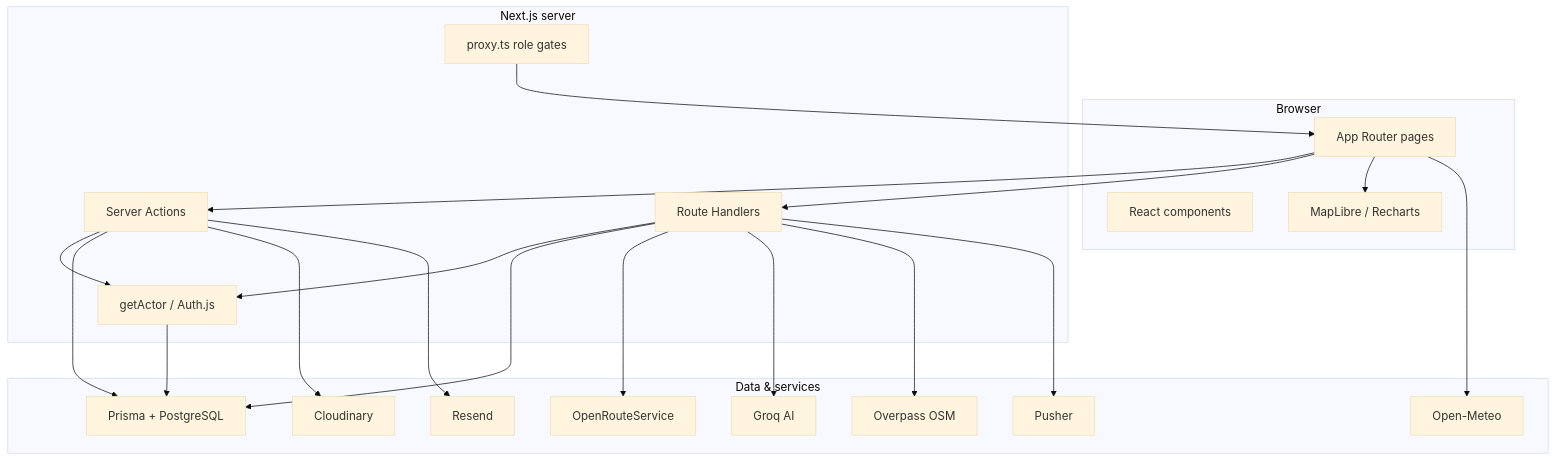
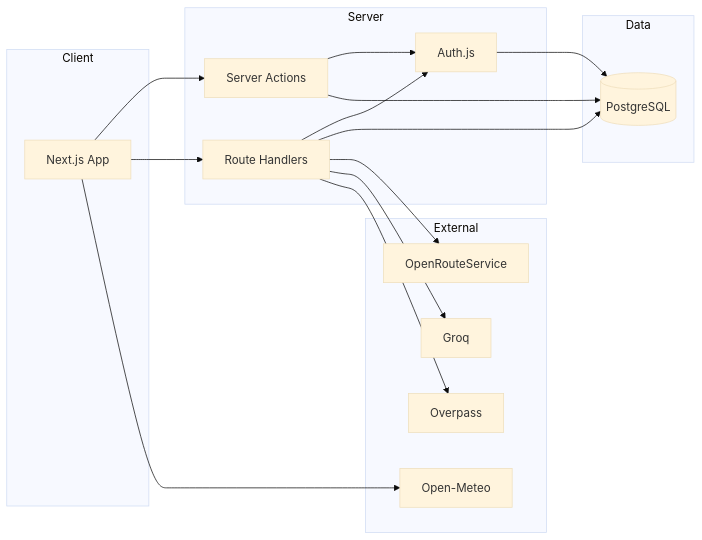
One commit to Bixal99/Ghoomora changed the diagram in README.md. Above: the diagram before and after it, drawn with Mermaid (base theme). The commit also changed other lines of this file, not shown here.

````diff
--- a/README.md
+++ b/README.md
@@ -169,43 +310,31 @@
 ```mermaid
-flowchart TB
-  subgraph client [Browser]
-    pages[App Router pages]
-    components[React components]
-    maps[MapLibre / Recharts]
+flowchart LR
+  subgraph Client
+    WEB[Next.js App]
   end
-
-  subgraph server [Next.js server]
-    actions[Server Actions]
-    api[Route Handlers]
-    auth[getActor / Auth.js]
-    proxy[proxy.ts role gates]
+  subgraph Server
+    SA[Server Actions]
+    API[Route Handlers]
+    AUTH[Auth.js]
   end
-
-  subgraph data [Data & services]
-    prisma[Prisma + PostgreSQL]
-    ors[OpenRouteService]
-    meteo[Open-Meteo]
-    groq[Groq AI]
-    overpass[Overpass OSM]
-    cloudinary[Cloudinary]
-    resend[Resend]
-    pusher[Pusher]
+  subgraph Data
+    PG[(PostgreSQL)]
   end
-
-  pages --> actions
-  pages --> api
-  pages --> maps
-  proxy --> pages
-  actions --> auth
-  api --> auth
-  auth --> prisma
-  actions --> prisma
-  api --> prisma
-  api --> ors
-  api --> groq
-  api --> overpass
-  api --> pusher
-  pages --> meteo
-  actions --> cloudinary
-  actions --> resend
+  subgraph External
+    ORS[OpenRouteService]
+    METEO[Open-Meteo]
+    GROQ[Groq]
+    OSM[Overpass]
+  end
+  WEB --> SA
+  WEB --> API
+  SA --> AUTH
+  API --> AUTH
+  AUTH --> PG
+  SA --> PG
+  API --> PG
+  API --> ORS
+  API --> GROQ
+  WEB --> METEO
+  API --> OSM
 ```
````
